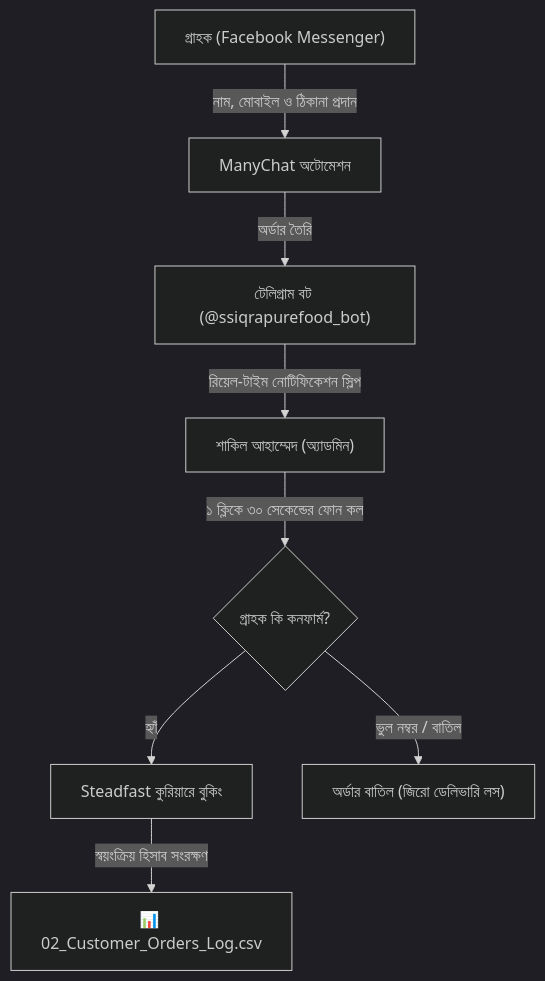
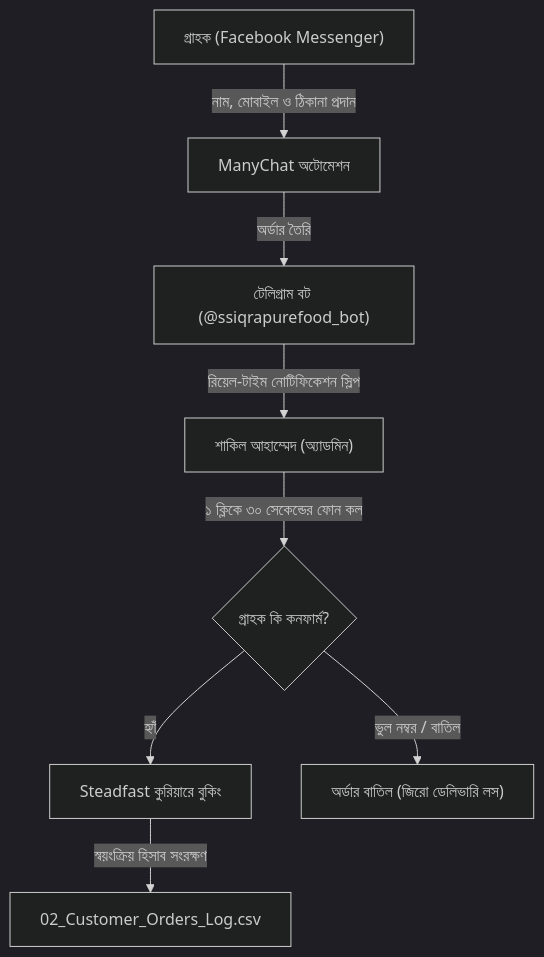
The diagram in docs/TELEGRAM_AND_STEADFAST_AUTOMATION_MANUAL.md (sakilahammed-dev/ss-iqra-pure-food), drawn with Mermaid (dark theme) before and after one commit. The commit also changed other lines of this file and 18 other files, not shown here.

````diff
--- a/docs/TELEGRAM_AND_STEADFAST_AUTOMATION_MANUAL.md
+++ b/docs/TELEGRAM_AND_STEADFAST_AUTOMATION_MANUAL.md
@@ -15,10 +15,10 @@
 ```mermaid
 flowchart TD
-    A[" গ্রাহক (Facebook Messenger)"] -->|"নাম, মোবাইল ও ঠিকানা প্রদান"| B[" ManyChat অটোমেশন"]
-    B -->|"অর্ডার তৈরি"| C[" টেলিগ্রাম বট (@ssiqrapurefood_bot)"]
-    C -->|"রিয়েল-টাইম নোটিফিকেশন স্লিপ"| D[" শাকিল আহাম্মেদ (অ্যাডমিন)"]
-    D -->|"১ ক্লিকে ৩০ সেকেন্ডের ফোন কল"| E{"গ্রাহক কি কনফার্ম?"}
-    E -->|"হ্যাঁ"| F[" Steadfast কুরিয়ারে বুকিং"]
-    E -->|"ভুল নম্বর / বাতিল"| G[" অর্ডার বাতিল (জিরো ডেলিভারি লস)"]
-    F -->|"স্বয়ংক্রিয় হিসাব সংরক্ষণ"| H["📊 02_Customer_Orders_Log.csv"]
+ A[" গ্রাহক (Facebook Messenger)"] -->|"নাম, মোবাইল ও ঠিকানা প্রদান"| B[" ManyChat অটোমেশন"]
+ B -->|"অর্ডার তৈরি"| C[" টেলিগ্রাম বট (@ssiqrapurefood_bot)"]
+ C -->|"রিয়েল-টাইম নোটিফিকেশন স্লিপ"| D[" শাকিল আহাম্মেদ (অ্যাডমিন)"]
+ D -->|"১ ক্লিকে ৩০ সেকেন্ডের ফোন কল"| E{"গ্রাহক কি কনফার্ম?"}
+ E -->|"হ্যাঁ"| F[" Steadfast কুরিয়ারে বুকিং"]
+ E -->|"ভুল নম্বর / বাতিল"| G[" অর্ডার বাতিল (জিরো ডেলিভারি লস)"]
+ F -->|"স্বয়ংক্রিয় হিসাব সংরক্ষণ"| H[" 02_Customer_Orders_Log.csv"]
 ```
````
